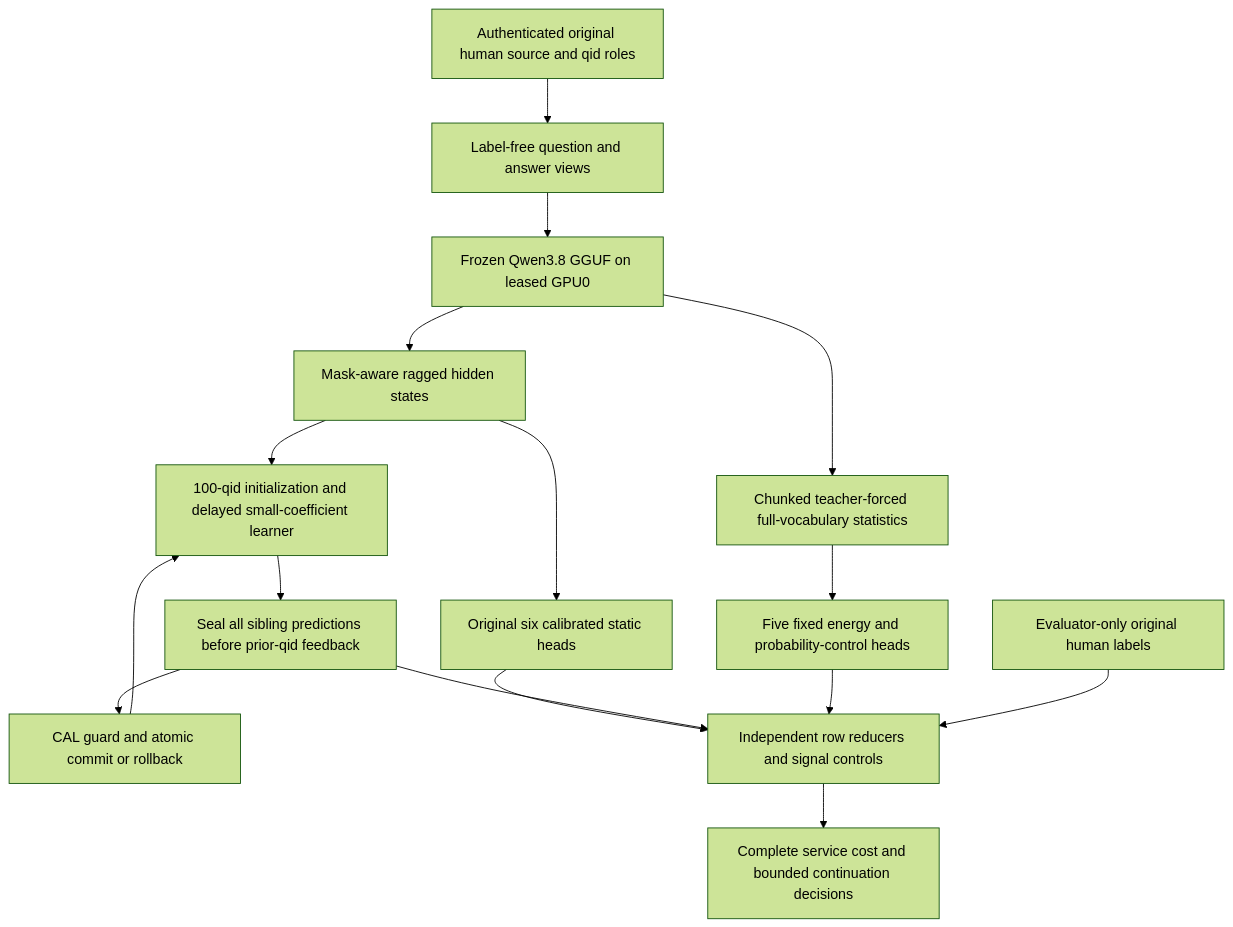
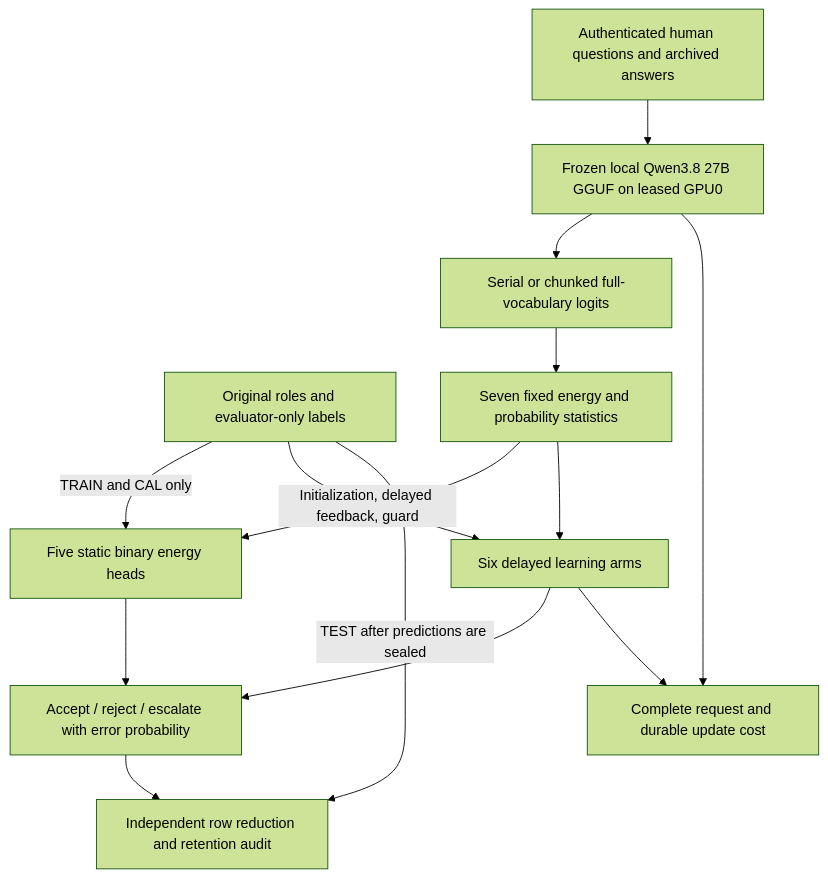
The first of 2 diagrams in openspec/change-proposals/research-roadmap-vNEXT.md (Carnot-EBM/carnot-ebm), drawn with Mermaid (forest theme) before and after one commit. The commit also changed other lines of this file and 18 other files, not shown here.

````diff
--- a/openspec/change-proposals/research-roadmap-vNEXT.md
+++ b/openspec/change-proposals/research-roadmap-vNEXT.md
@@ -83,18 +72,22 @@
 ```mermaid
 flowchart TD
-  H[Authenticated original human source and qid roles] --> V[Label-free question and answer views]
-  V --> Q[Frozen Qwen3.8 GGUF on leased GPU0]
-  Q --> R[Mask-aware ragged hidden states]
-  Q --> T[Chunked teacher-forced full-vocabulary statistics]
-  R --> F[Original six calibrated static heads]
-  R --> L[100-qid initialization and delayed small-coefficient learner]
-  L --> S[Seal all sibling predictions before prior-qid feedback]
-  S --> G[CAL guard and atomic commit or rollback]
-  G --> L
-  T --> E[Five fixed energy and probability-control heads]
-  F --> A[Independent row reducers and signal controls]
-  S --> A
-  E --> A
-  Y[Evaluator-only original human labels] --> A
-  A --> C[Complete service cost and bounded continuation decisions]
+  H[Authenticated human questions and archived answers]
+  P[Original roles and evaluator-only labels]
+  Q[Frozen local Qwen3.8 27B GGUF on leased GPU0]
+  L[Serial or chunked full-vocabulary logits]
+  S[Seven fixed energy and probability statistics]
+  F[Five static binary energy heads]
+  U[Six delayed learning arms]
+  D[Accept / reject / escalate with error probability]
+  A[Independent row reduction and retention audit]
+  C[Complete request and durable update cost]
+  H --> Q --> L --> S
+  S --> F --> D
+  S --> U --> D
+  P -->|TRAIN and CAL only| F
+  P -->|Initialization, delayed feedback, guard| U
+  P -->|TEST after predictions are sealed| A
+  D --> A
+  Q --> C
+  U --> C
 ```
````
